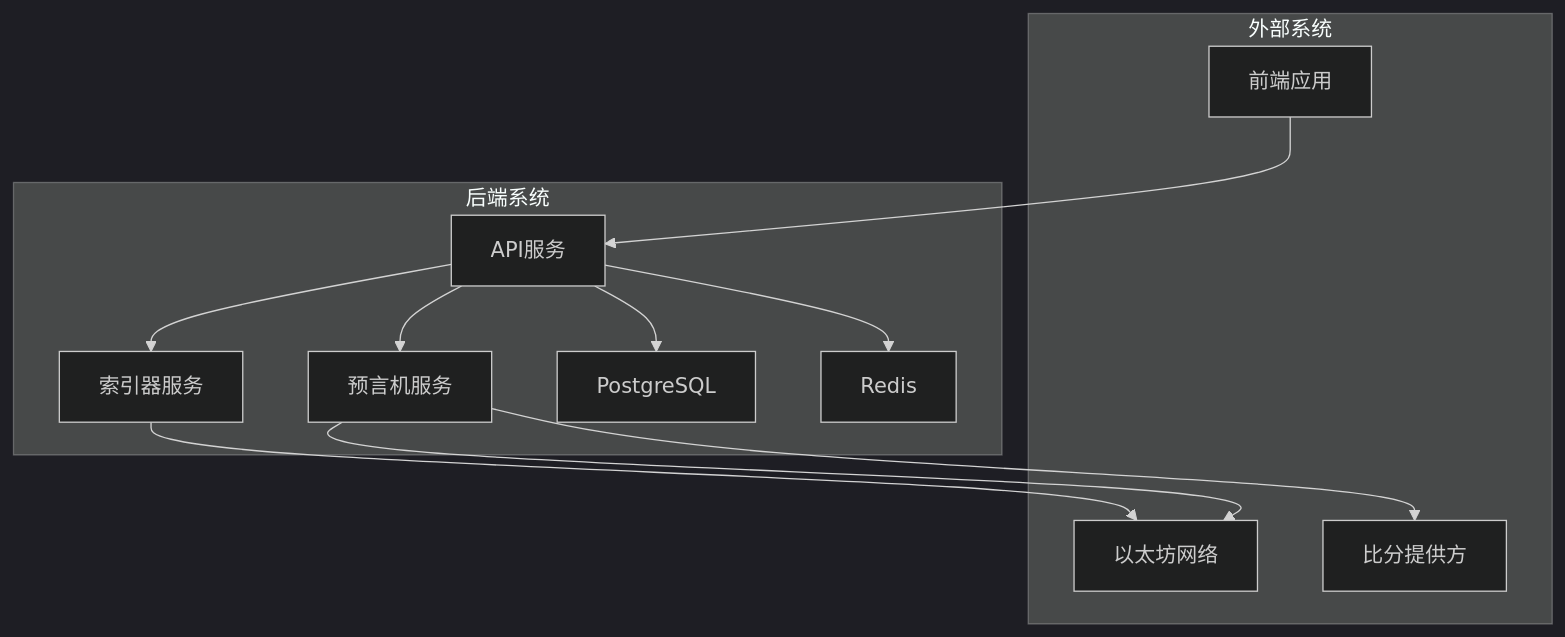
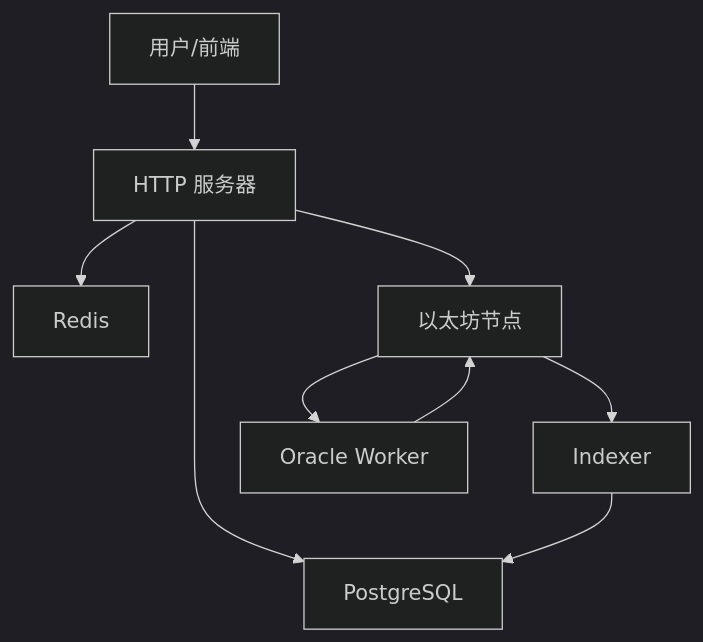
One commit to SimonHofman/PredictionDIDSimple changed the eighth of 9 diagrams in backend/.qoder/repowiki/zh/content/架构设计/架构设计.md. Above: the diagram before and after it, drawn with Mermaid (dark theme). The commit also changed other lines of this file and 162 other files, not shown here.

````diff
--- a/backend/.qoder/repowiki/zh/content/架构设计/架构设计.md
+++ b/backend/.qoder/repowiki/zh/content/架构设计/架构设计.md
@@ -412,23 +376,11 @@
 ```mermaid
 graph TB
-subgraph "外部系统"
-FE["前端应用"]
-ETH["以太坊网络"]
-WC["比分提供方"]
-end
-subgraph "后端系统"
-API["API服务"]
-IDX["索引器服务"]
-ORA["预言机服务"]
-DB["PostgreSQL"]
-RD["Redis"]
-end
-FE --> API
-API --> DB
-API --> RD
-API --> ORA
-IDX --> ETH
-ORA --> ETH
-ORA --> WC
-API --> IDX
+U["用户/前端"] --> S["HTTP 服务器"]
+S --> D["PostgreSQL"]
+S --> R["Redis"]
+S --> E["以太坊节点"]
+E --> I["Indexer"]
+E --> O["Oracle Worker"]
+I --> D
+O --> E
 ```
````
